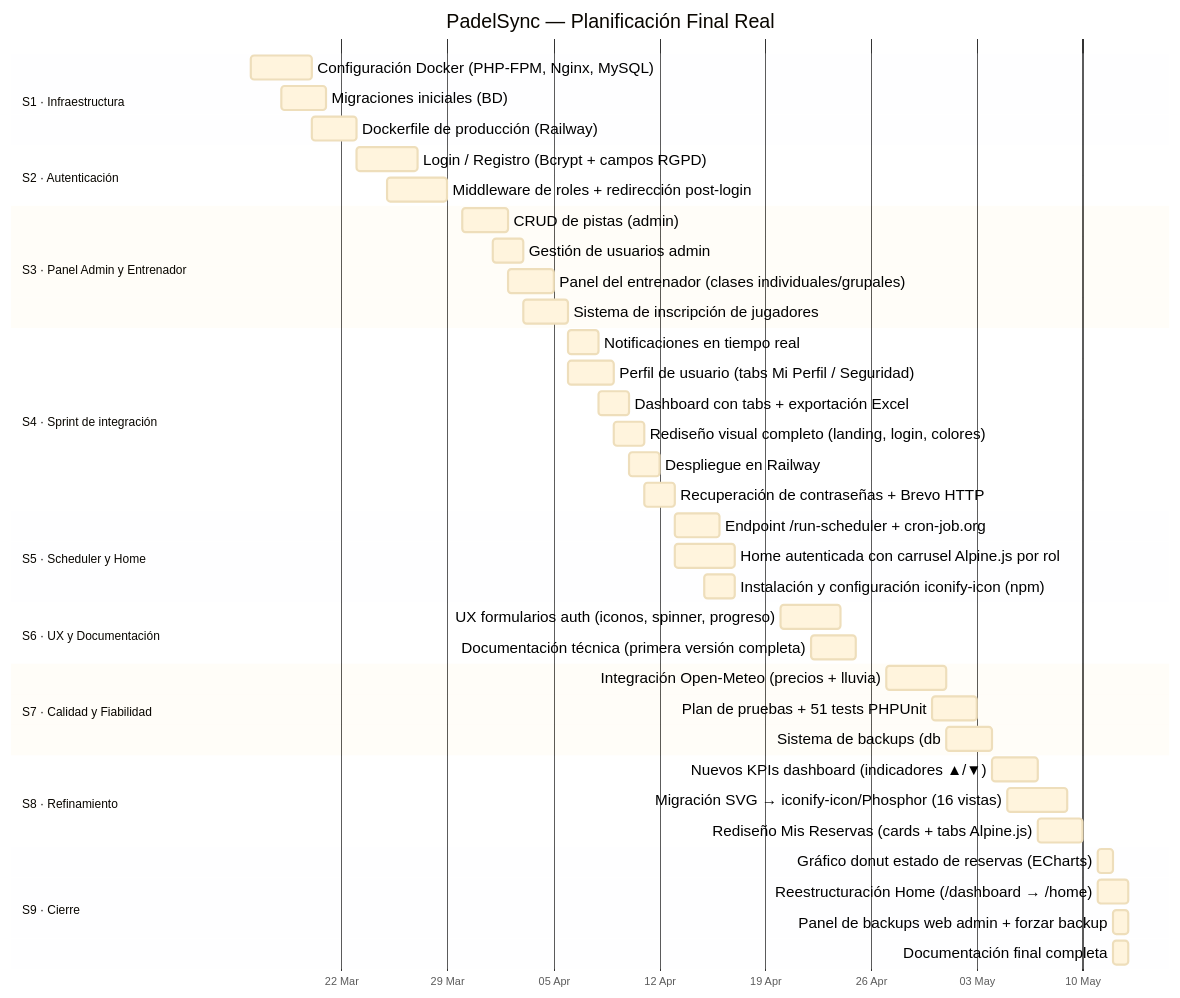
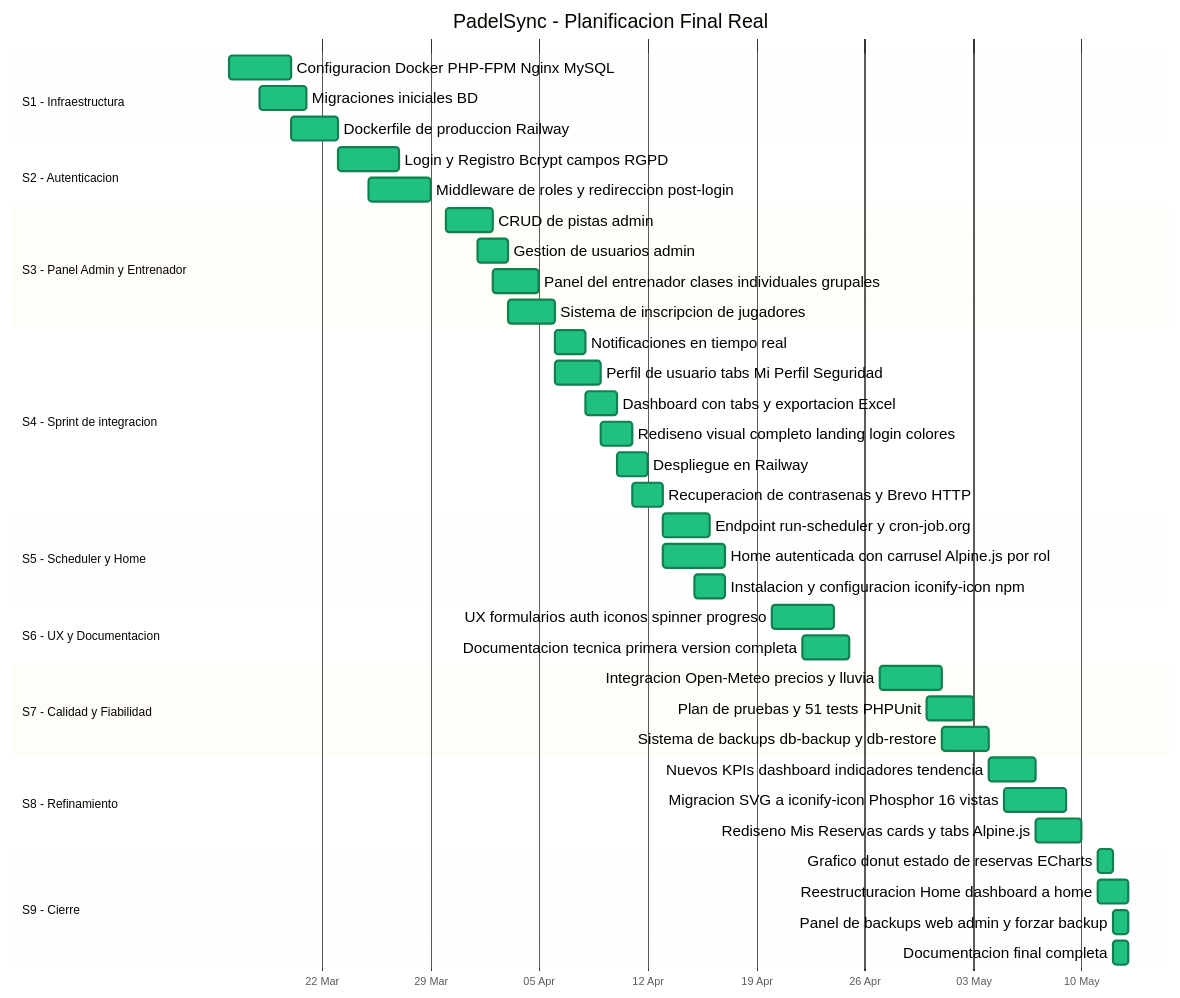
Before and after one commit to pabloiglepe/Prueba1---TFG: the first of 2 diagrams in docs/PLANIFICACION_REAL.md, drawn with Mermaid.

Commit message:
Actualizar documentación

````diff
--- a/docs/PLANIFICACION_REAL.md
+++ b/docs/PLANIFICACION_REAL.md
@@ -10,55 +10,46 @@
 ```mermaid
-%%{init: {'theme': 'base', 'gantt': {'leftPadding': 220, 'barHeight': 22, 'barGap': 6, 'fontSize': 14}, 'themeVariables': {'fontFamily': 'Arial Black', 'doneTaskBkgColor': '#e8a020', 'doneTaskBorderColor': '#b07010', 'activeTaskBkgColor': '#20c080', 'activeTaskBorderColor': '#108050', 'critBkgColor': '#ff3333', 'critBorderColor': '#cc0000', 'taskTextColor': '#000000', 'taskTextOutsideColor': '#000000', 'taskTextLightColor': '#000000', 'taskTextDarkColor': '#000000', 'todayLineColor': '#ffffff'}}}%%
+%%{init: {'theme': 'base', 'gantt': {'leftPadding': 200, 'barHeight': 22, 'barGap': 6, 'fontSize': 14}, 'themeVariables': {'fontFamily': 'Arial Black', 'doneTaskBkgColor': '#e8a020', 'doneTaskBorderColor': '#b07010', 'activeTaskBkgColor': '#20c080', 'activeTaskBorderColor': '#108050', 'critBkgColor': '#ff3333', 'critBorderColor': '#cc0000', 'taskTextColor': '#000000', 'taskTextOutsideColor': '#000000', 'taskTextLightColor': '#000000', 'taskTextDarkColor': '#000000', 'todayLineColor': '#ffffff'}}}%%
 gantt
-    title PadelSync — Planificación Final Real
+    title PadelSync - Planificacion Final Real
     dateFormat  YYYY-MM-DD
     axisFormat  %d %b
-
-    section S1 · Infraestructura
-    Configuración Docker (PHP-FPM, Nginx, MySQL)       :2026-03-16, 4d
-    Migraciones iniciales (BD)                          :2026-03-18, 3d
-    Dockerfile de producción (Railway)                  :2026-03-20, 3d
-
-    section S2 · Autenticación
-    Login / Registro (Bcrypt + campos RGPD)            :2026-03-23, 4d
-    Middleware de roles + redirección post-login        :2026-03-25, 4d
-
-    section S3 · Panel Admin y Entrenador
-    CRUD de pistas (admin)                              :2026-03-30, 3d
-    Gestión de usuarios admin                           :2026-04-01, 2d
-    Panel del entrenador (clases individuales/grupales) :2026-04-02, 3d
-    Sistema de inscripción de jugadores                 :2026-04-03, 3d
-
-    section S4 · Sprint de integración
-    Notificaciones en tiempo real                       :2026-04-06, 2d
-    Perfil de usuario (tabs Mi Perfil / Seguridad)     :2026-04-06, 3d
-    Dashboard con tabs + exportación Excel              :2026-04-08, 2d
-    Rediseño visual completo (landing, login, colores)  :2026-04-09, 2d
-    Despliegue en Railway                               :2026-04-10, 2d
-    Recuperación de contraseñas + Brevo HTTP            :2026-04-11, 2d
-
-    section S5 · Scheduler y Home
-    Endpoint /run-scheduler + cron-job.org              :2026-04-13, 3d
-    Home autenticada con carrusel Alpine.js por rol     :2026-04-13, 4d
-    Instalación y configuración iconify-icon (npm)      :2026-04-15, 2d
-
-    section S6 · UX y Documentación
-    UX formularios auth (iconos, spinner, progreso)     :2026-04-20, 4d
-    Documentación técnica (primera versión completa)    :2026-04-22, 3d
-
-    section S7 · Calidad y Fiabilidad
-    Integración Open-Meteo (precios + lluvia)           :2026-04-27, 4d
-    Plan de pruebas + 51 tests PHPUnit                  :2026-04-30, 3d
-    Sistema de backups (db:backup / db:restore)         :2026-05-01, 3d
-
-    section S8 · Refinamiento
-    Nuevos KPIs dashboard (indicadores ▲/▼)            :2026-05-04, 3d
-    Migración SVG → iconify-icon/Phosphor (16 vistas)   :2026-05-05, 4d
-    Rediseño Mis Reservas (cards + tabs Alpine.js)      :2026-05-07, 3d
-
-    section S9 · Cierre
-    Gráfico donut estado de reservas (ECharts)          :2026-05-11, 1d
-    Reestructuración Home (/dashboard → /home)          :2026-05-11, 2d
-    Panel de backups web admin + forzar backup          :2026-05-12, 1d
-    Documentación final completa                        :2026-05-12, 1d
+    section S1 - Infraestructura
+    Configuracion Docker PHP-FPM Nginx MySQL           :active, 2026-03-16, 4d
+    Migraciones iniciales BD                           :active, 2026-03-18, 3d
+    Dockerfile de produccion Railway                   :active, 2026-03-20, 3d
+    section S2 - Autenticacion
+    Login y Registro Bcrypt campos RGPD                :active, 2026-03-23, 4d
+    Middleware de roles y redireccion post-login        :active, 2026-03-25, 4d
+    section S3 - Panel Admin y Entrenador
+    CRUD de pistas admin                               :active, 2026-03-30, 3d
+    Gestion de usuarios admin                          :active, 2026-04-01, 2d
+    Panel del entrenador clases individuales grupales  :active, 2026-04-02, 3d
+    Sistema de inscripcion de jugadores                :active, 2026-04-03, 3d
+    section S4 - Sprint de integracion
+    Notificaciones en tiempo real                      :active, 2026-04-06, 2d
+    Perfil de usuario tabs Mi Perfil Seguridad         :active, 2026-04-06, 3d
+    Dashboard con tabs y exportacion Excel             :active, 2026-04-08, 2d
+    Rediseno visual completo landing login colores     :active, 2026-04-09, 2d
+    Despliegue en Railway                              :active, 2026-04-10, 2d
+    Recuperacion de contrasenas y Brevo HTTP           :active, 2026-04-11, 2d
+    section S5 - Scheduler y Home
+    Endpoint run-scheduler y cron-job.org              :active, 2026-04-13, 3d
+    Home autenticada con carrusel Alpine.js por rol    :active, 2026-04-13, 4d
+    Instalacion y configuracion iconify-icon npm       :active, 2026-04-15, 2d
+    section S6 - UX y Documentacion
+    UX formularios auth iconos spinner progreso        :active, 2026-04-20, 4d
+    Documentacion tecnica primera version completa     :active, 2026-04-22, 3d
+    section S7 - Calidad y Fiabilidad
+    Integracion Open-Meteo precios y lluvia            :active, 2026-04-27, 4d
+    Plan de pruebas y 51 tests PHPUnit                 :active, 2026-04-30, 3d
+    Sistema de backups db-backup y db-restore          :active, 2026-05-01, 3d
+    section S8 - Refinamiento
+    Nuevos KPIs dashboard indicadores tendencia        :active, 2026-05-04, 3d
+    Migracion SVG a iconify-icon Phosphor 16 vistas    :active, 2026-05-05, 4d
+    Rediseno Mis Reservas cards y tabs Alpine.js       :active, 2026-05-07, 3d
+    section S9 - Cierre
+    Grafico donut estado de reservas ECharts           :active, 2026-05-11, 1d
+    Reestructuracion Home dashboard a home             :active, 2026-05-11, 2d
+    Panel de backups web admin y forzar backup         :active, 2026-05-12, 1d
+    Documentacion final completa                       :active, 2026-05-12, 1d
 ```
````
